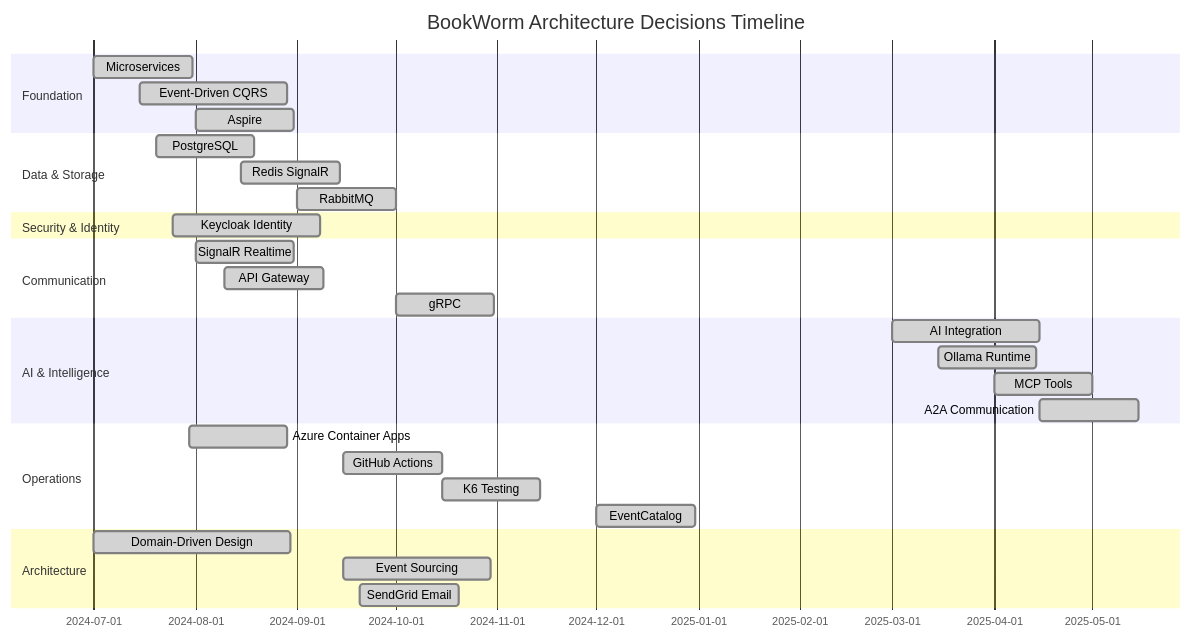
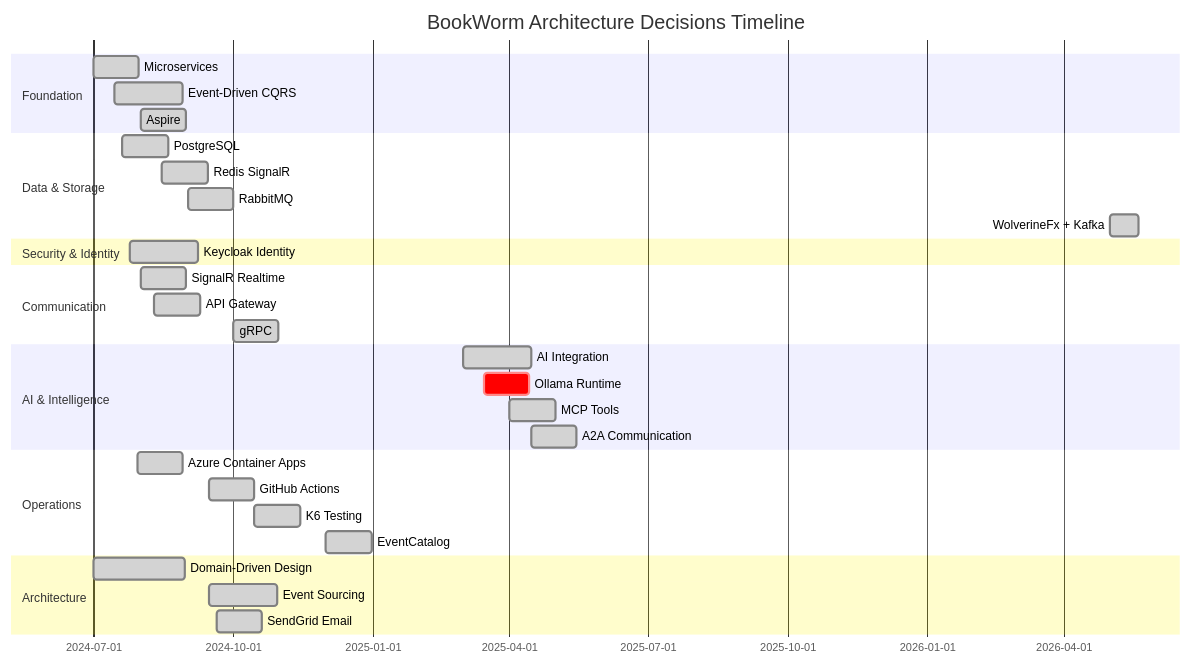
One commit to foxminchan/BookWorm changed the first of 3 diagrams in docs/docusaurus/docs/09-architecture-decisions/overview.mdx. Above: the diagram before and after it, drawn with Mermaid. The commit also changed other lines of this file and 65 other files, not shown here.

Commit message:
chore(docs): update architecture decision records (#1127)

````diff
--- a/docs/docusaurus/docs/09-architecture-decisions/overview.mdx
+++ b/docs/docusaurus/docs/09-architecture-decisions/overview.mdx
@@ -31,33 +31,34 @@
 ```mermaid
 gantt
     title BookWorm Architecture Decisions Timeline
     dateFormat YYYY-MM-DD
     section Foundation
     Microservices           :done, foundation1, 2024-07-01, 30d
     Event-Driven CQRS      :done, foundation2, 2024-07-15, 45d
     Aspire            :done, foundation3, 2024-08-01, 30d
     section Data & Storage
     PostgreSQL             :done, data1, 2024-07-20, 30d
     Redis SignalR          :done, data2, 2024-08-15, 30d
     RabbitMQ               :done, data3, 2024-09-01, 30d
+    WolverineFx + Kafka    :done, data4, 2026-05-01, 19d
     section Security & Identity
     Keycloak Identity      :done, security1, 2024-07-25, 45d
     section Communication
     SignalR Realtime       :done, comm1, 2024-08-01, 30d
     API Gateway            :done, comm2, 2024-08-10, 30d
     gRPC                   :done, comm3, 2024-10-01, 30d
     section AI & Intelligence
     AI Integration         :done, ai1, 2025-03-01, 45d
-    Ollama Runtime         :done, ai2, 2025-03-15, 30d
+    Ollama Runtime         :crit, ai2, 2025-03-15, 30d
     MCP Tools              :done, ai3, 2025-04-01, 30d
     A2A Communication      :done, ai4, 2025-04-15, 30d
     section Operations
     Azure Container Apps   :done, ops1, 2024-07-30, 30d
     GitHub Actions         :done, ops2, 2024-09-15, 30d
     K6 Testing             :done, ops3, 2024-10-15, 30d
     EventCatalog           :done, ops4, 2024-12-01, 30d
     section Architecture
     Domain-Driven Design   :done, arch1, 2024-07-01, 60d
     Event Sourcing         :done, arch2, 2024-09-15, 45d
     SendGrid Email         :done, arch3, 2024-09-20, 30d
 ```
````
